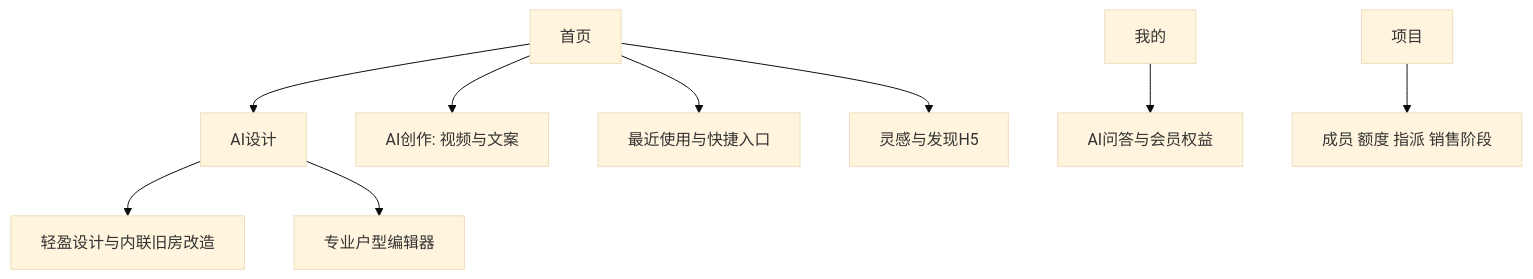
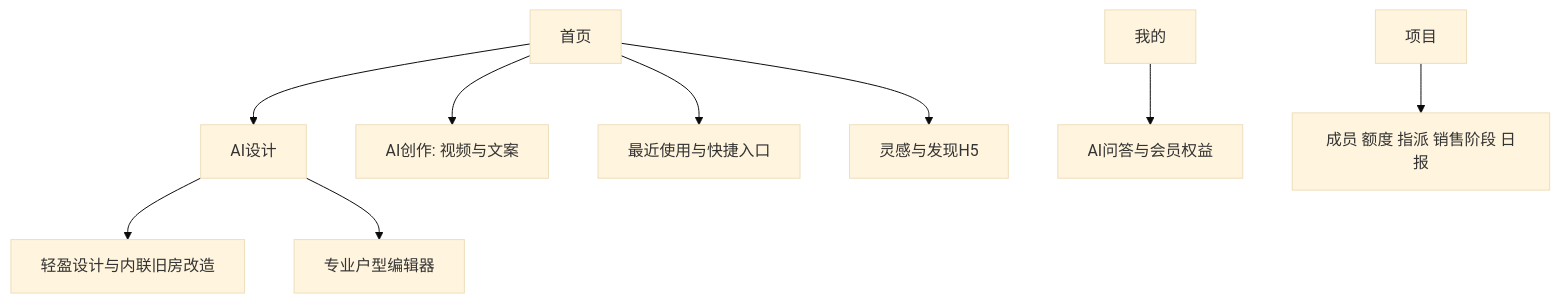
One commit to Orientation-CD/docs changed the diagram in zh/frontend/overview.md. Above: the diagram before and after it, drawn with Mermaid (base theme). The commit also changed other lines of this file and 189 other files, not shown here.

````diff
--- a/zh/frontend/overview.md
+++ b/zh/frontend/overview.md
@@ -7,11 +7,11 @@
 ```mermaid
 flowchart TB
   H[首页] --> D[AI设计]
   D --> L[轻盈设计与内联旧房改造]
   D --> P[专业户型编辑器]
   H --> C[AI创作: 视频与文案]
   H --> R[最近使用与快捷入口]
   H --> I[灵感与发现H5]
   A[我的] --> Q[AI问答与会员权益]
-  W[项目] --> M[成员 额度 指派 销售阶段]
+  W[项目] --> M[成员 额度 指派 销售阶段 日报]
 ```
````
